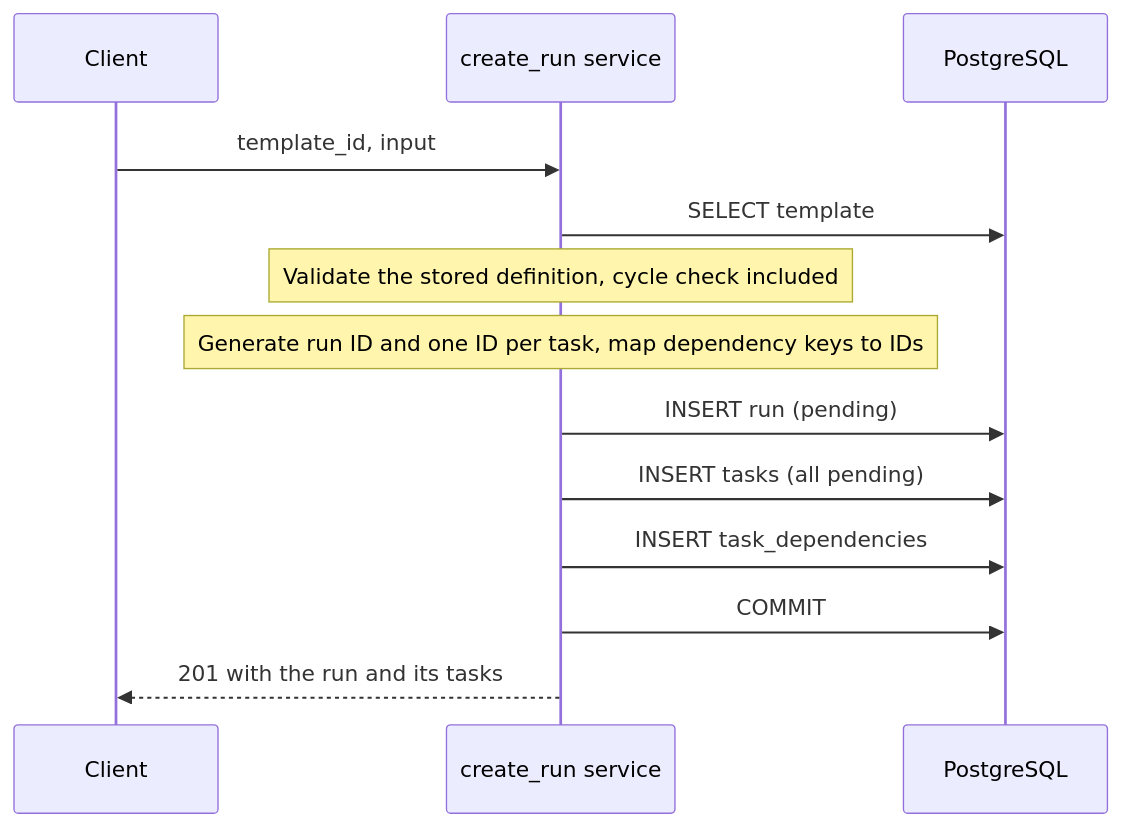
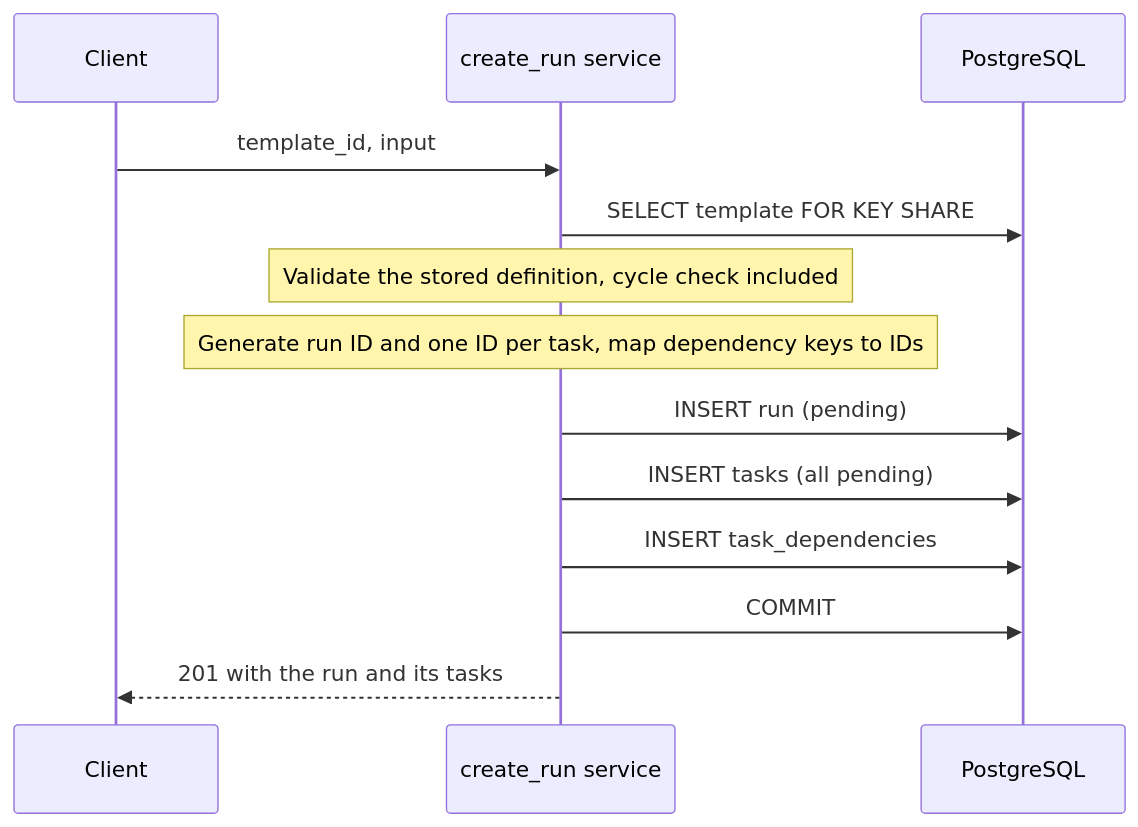
One commit to danielakinremi1-dev/agentfleet changed the second of 4 diagrams in docs/design-docs/0001-run-lifecycle.md. Above: the diagram before and after it, drawn with Mermaid. The commit also changed other lines of this file and 8 other files, not shown here.

````diff
--- a/docs/design-docs/0001-run-lifecycle.md
+++ b/docs/design-docs/0001-run-lifecycle.md
@@ -124,16 +129,16 @@
 ```mermaid
 sequenceDiagram
     participant C as Client
     participant S as create_run service
     participant D as PostgreSQL
 
     C->>S: template_id, input
-    S->>D: SELECT template
+    S->>D: SELECT template FOR KEY SHARE
     Note over S: Validate the stored definition, cycle check included
     Note over S: Generate run ID and one ID per task, map dependency keys to IDs
     S->>D: INSERT run (pending)
     S->>D: INSERT tasks (all pending)
     S->>D: INSERT task_dependencies
     S->>D: COMMIT
     S-->>C: 201 with the run and its tasks
 ```
````
